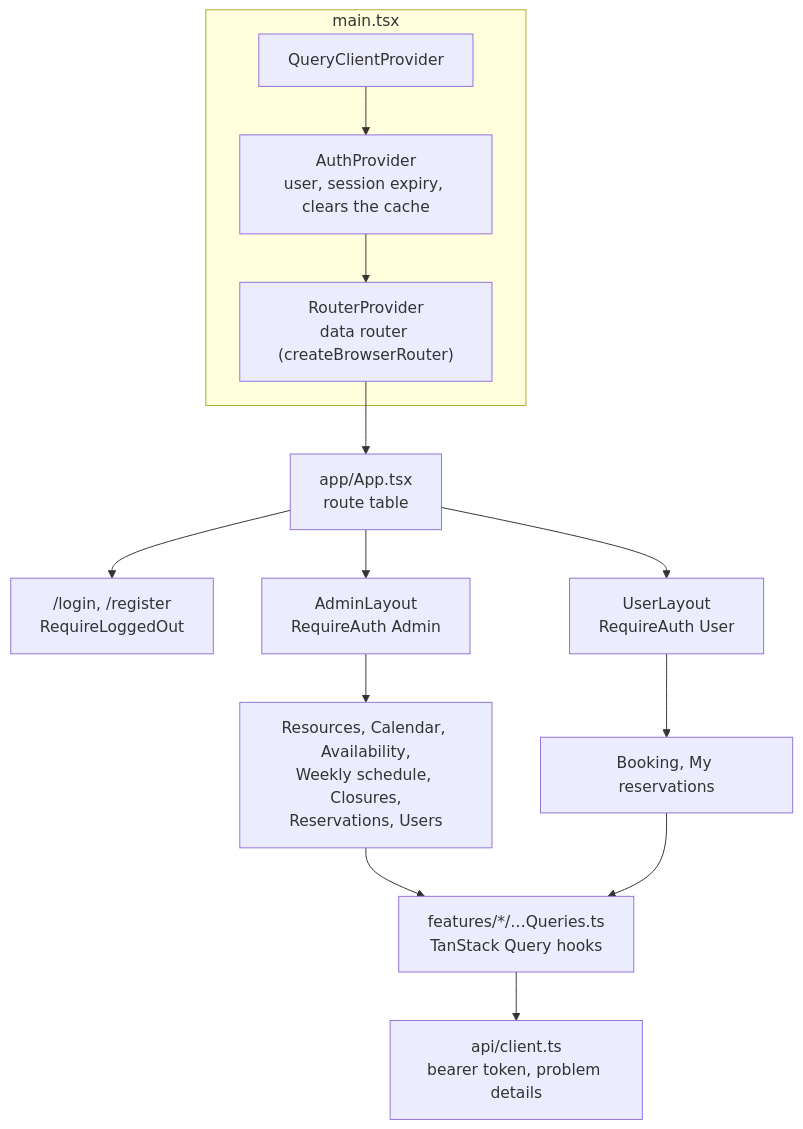
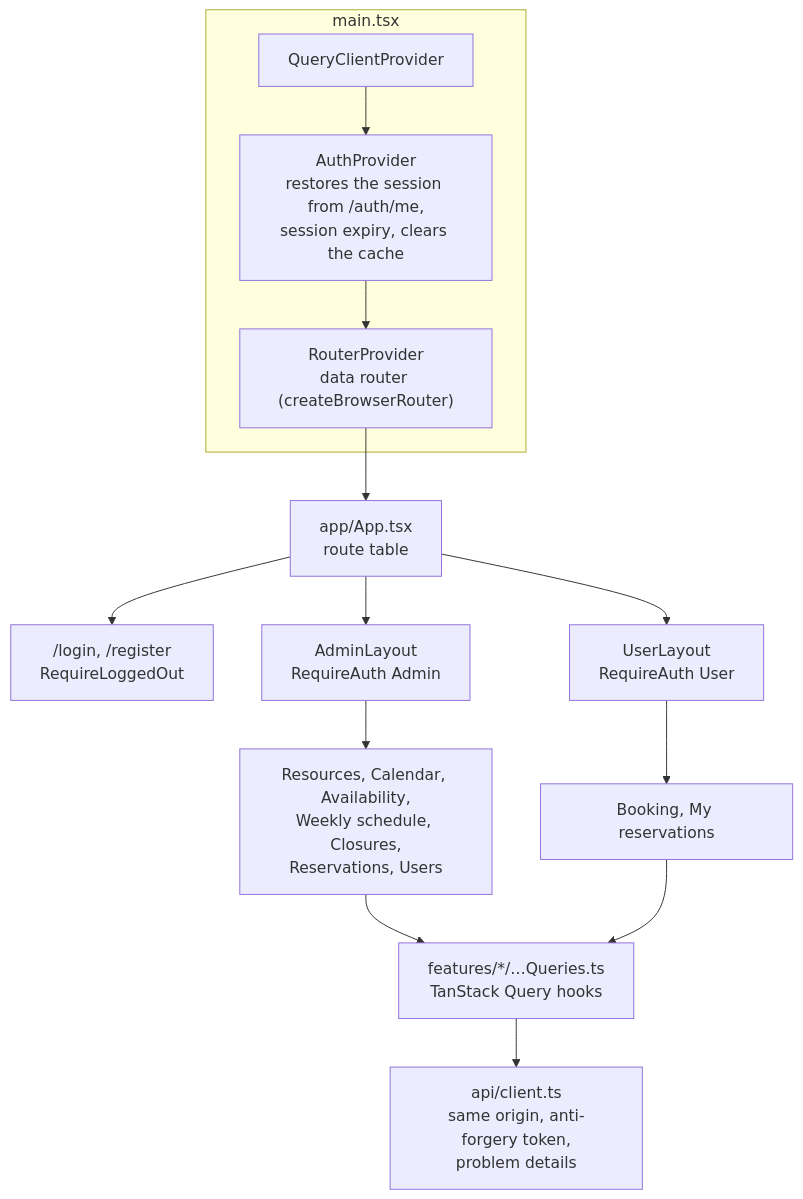
Before and after one commit to Andershgras/resource-reservation-system: the fifth of 5 diagrams in docs/architecture.md, drawn with Mermaid. The commit also changed other lines of this file and 8 other files, not shown here.

````diff
--- a/docs/architecture.md
+++ b/docs/architecture.md
@@ -258,24 +259,24 @@
 ```mermaid
 flowchart TB
     subgraph Providers["main.tsx"]
         QC[QueryClientProvider]
-        AP["AuthProvider<br/>user, session expiry, clears the cache"]
+        AP["AuthProvider<br/>restores the session from /auth/me,<br/>session expiry, clears the cache"]
         BR["RouterProvider<br/>data router (createBrowserRouter)"]
     end
     App["app/App.tsx<br/>route table"]
     Login["/login, /register<br/>RequireLoggedOut"]
     Admin["AdminLayout<br/>RequireAuth Admin"]
     User["UserLayout<br/>RequireAuth User"]
     AdminPages["Resources, Calendar, Availability,<br/>Weekly schedule, Closures,<br/>Reservations, Users"]
     UserPages["Booking, My reservations"]
     Hooks["features/*/…Queries.ts<br/>TanStack Query hooks"]
-    Api["api/client.ts<br/>bearer token, problem details"]
+    Api["api/client.ts<br/>same origin, anti-forgery token,<br/>problem details"]
 
     QC --> AP --> BR --> App
     App --> Login
     App --> Admin --> AdminPages
     App --> User --> UserPages
     AdminPages --> Hooks
     UserPages --> Hooks
     Hooks --> Api
 ```
````
